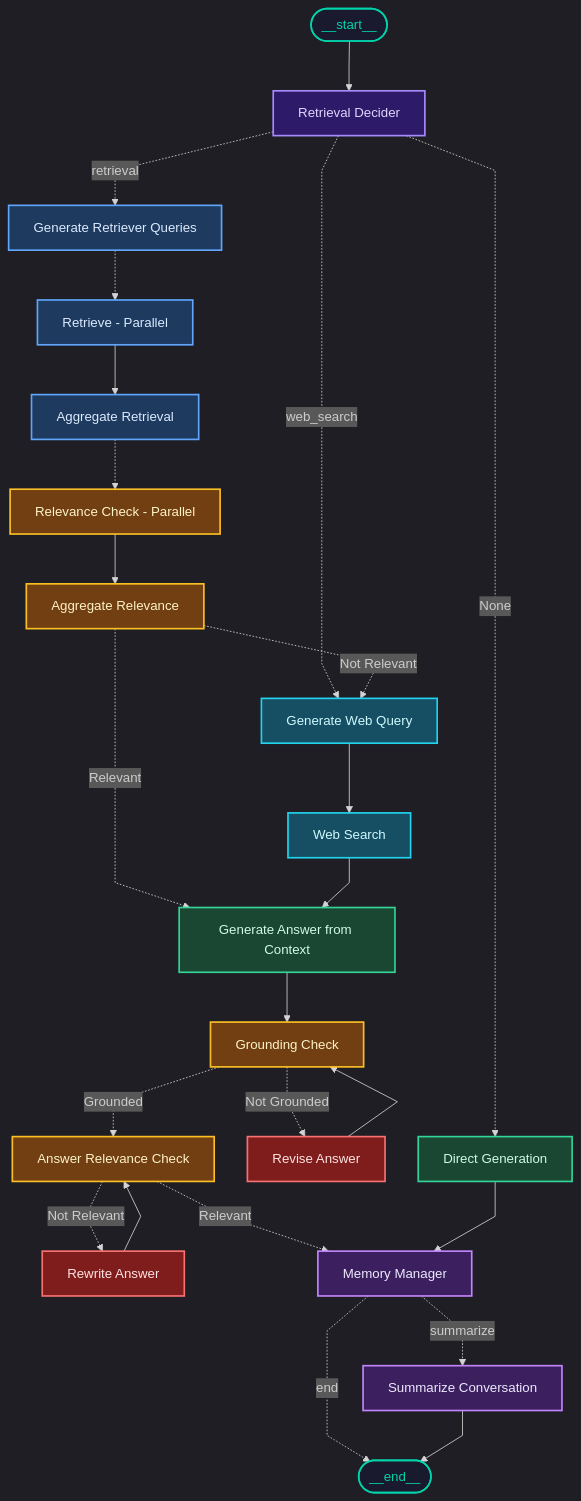
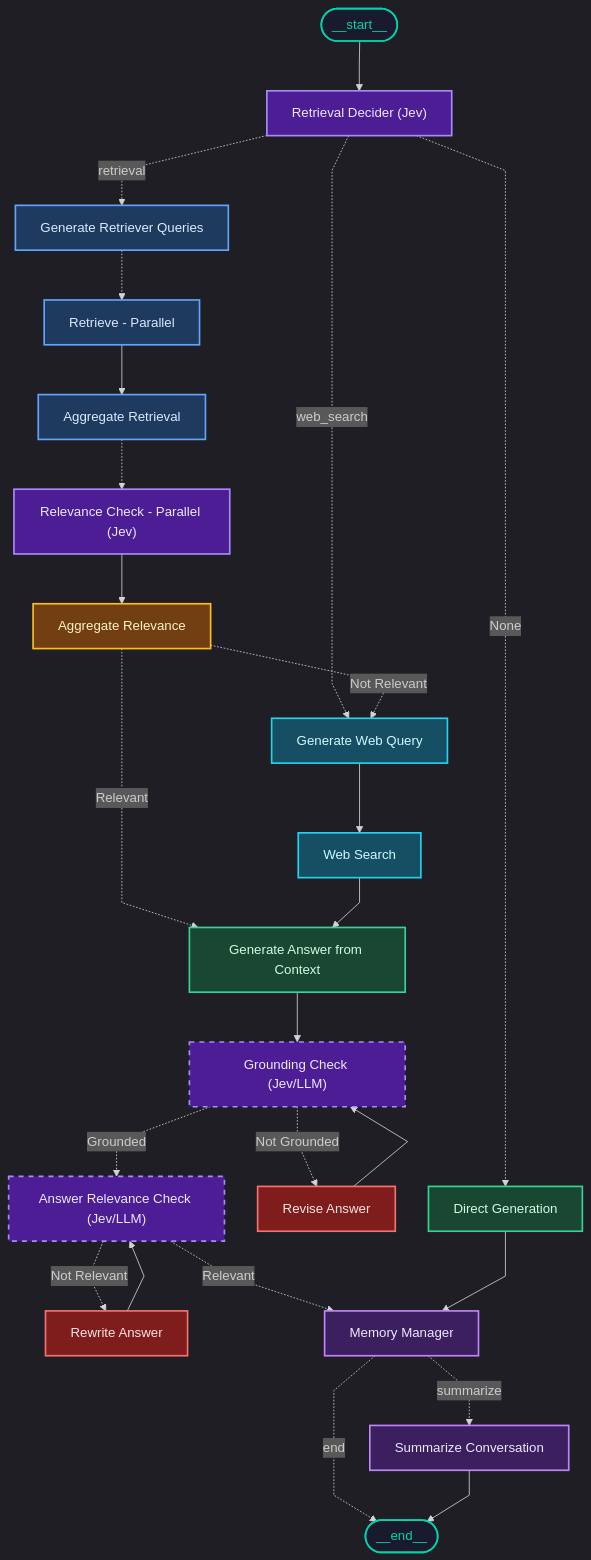
The second of 2 diagrams in README.md (pankaj-2708/Self-RAG-and-Corrective-RAG-for-Indian-Constitution), drawn with Mermaid before and after one commit. The commit also changed other lines of this file and 10 other files, not shown here.

````diff
--- a/README.md
+++ b/README.md
@@ -150,72 +151,73 @@
 ```mermaid
 ---
 config:
   theme: dark
   flowchart:
     curve: linear
     nodeSpacing: 40
     rankSpacing: 60
 ---
 graph TD
     __start__([" __start__ "]):::startNode
-    retrieval_decider_node["Retrieval Decider"]:::routingNode
+    retrieval_decider_node["Retrieval Decider (Jev)"]:::jevNode
     generate_retriever_query_node["Generate Retriever Queries"]:::retrievalNode
     retrieve_node["Retrieve - Parallel"]:::retrievalNode
     aggregate_retrieval["Aggregate Retrieval"]:::retrievalNode
     direct_generation_node["Direct Generation"]:::generationNode
-    is_relevant_node["Relevance Check - Parallel"]:::validationNode
+    is_relevant_node["Relevance Check - Parallel (Jev)"]:::jevNode
     aggregate_relevance["Aggregate Relevance"]:::validationNode
     answer_from_context_node["Generate Answer from Context"]:::generationNode
-    check_answer_grounded_node["Grounding Check"]:::validationNode
+    check_answer_grounded_node["Grounding Check (Jev/LLM)"]:::jevHybridNode
     revise_answer_node["Revise Answer"]:::correctionNode
-    is_answer_relevant_node["Answer Relevance Check"]:::validationNode
+    is_answer_relevant_node["Answer Relevance Check (Jev/LLM)"]:::jevHybridNode
     rewrite_answer_node["Rewrite Answer"]:::correctionNode
     generate_web_search_query_node["Generate Web Query"]:::webNode
     web_search_node["Web Search"]:::webNode
     memory_node["Memory Manager"]:::memoryNode
     modify_short_term_memory_node["Summarize Conversation"]:::memoryNode
     __end__([" __end__ "]):::endNode
 
     __start__ --> retrieval_decider_node
 
     retrieval_decider_node -. " retrieval " .-> generate_retriever_query_node
     retrieval_decider_node -. " web_search " .-> generate_web_search_query_node
     retrieval_decider_node -. " None " .-> direct_generation_node
 
     generate_retriever_query_node -.-> retrieve_node
     retrieve_node --> aggregate_retrieval
     aggregate_retrieval -.-> is_relevant_node
     is_relevant_node --> aggregate_relevance
 
     aggregate_relevance -. " Relevant " .-> answer_from_context_node
     aggregate_relevance -. " Not Relevant " .-> generate_web_search_query_node
 
     generate_web_search_query_node --> web_search_node
     web_search_node --> answer_from_context_node
 
     answer_from_context_node --> check_answer_grounded_node
 
     check_answer_grounded_node -. " Grounded " .-> is_answer_relevant_node
     check_answer_grounded_node -. " Not Grounded " .-> revise_answer_node
     revise_answer_node --> check_answer_grounded_node
 
     is_answer_relevant_node -. " Relevant " .-> memory_node
     is_answer_relevant_node -. " Not Relevant " .-> rewrite_answer_node
     rewrite_answer_node --> is_answer_relevant_node
 
     direct_generation_node --> memory_node
 
     memory_node -. " summarize " .-> modify_short_term_memory_node
     memory_node -. " end " .-> __end__
     modify_short_term_memory_node --> __end__
 
-    classDef startNode fill:#1a1a2e,stroke:#00d4aa,stroke-width:2px,color:#00d4aa
-    classDef endNode fill:#1a1a2e,stroke:#00d4aa,stroke-width:2px,color:#00d4aa
-    classDef routingNode fill:#2d1b69,stroke:#a78bfa,stroke-width:2px,color:#e0d4ff
-    classDef retrievalNode fill:#1e3a5f,stroke:#60a5fa,stroke-width:2px,color:#dbeafe
+    classDef startNode      fill:#1a1a2e,stroke:#00d4aa,stroke-width:2px,color:#00d4aa
+    classDef endNode        fill:#1a1a2e,stroke:#00d4aa,stroke-width:2px,color:#00d4aa
+    classDef jevNode        fill:#4c1d95,stroke:#a78bfa,stroke-width:2px,color:#ede9fe
+    classDef jevHybridNode  fill:#4c1d95,stroke:#a78bfa,stroke-width:2px,color:#ede9fe,stroke-dasharray:6
+    classDef retrievalNode  fill:#1e3a5f,stroke:#60a5fa,stroke-width:2px,color:#dbeafe
     classDef generationNode fill:#1a4731,stroke:#34d399,stroke-width:2px,color:#d1fae5
     classDef validationNode fill:#713f12,stroke:#fbbf24,stroke-width:2px,color:#fef3c7
     classDef correctionNode fill:#7f1d1d,stroke:#f87171,stroke-width:2px,color:#fee2e2
-    classDef webNode fill:#164e63,stroke:#22d3ee,stroke-width:2px,color:#cffafe
-    classDef memoryNode fill:#3b1f5e,stroke:#c084fc,stroke-width:2px,color:#ede9fe
+    classDef webNode        fill:#164e63,stroke:#22d3ee,stroke-width:2px,color:#cffafe
+    classDef memoryNode     fill:#3b1f5e,stroke:#c084fc,stroke-width:2px,color:#ede9fe
 ```
````
